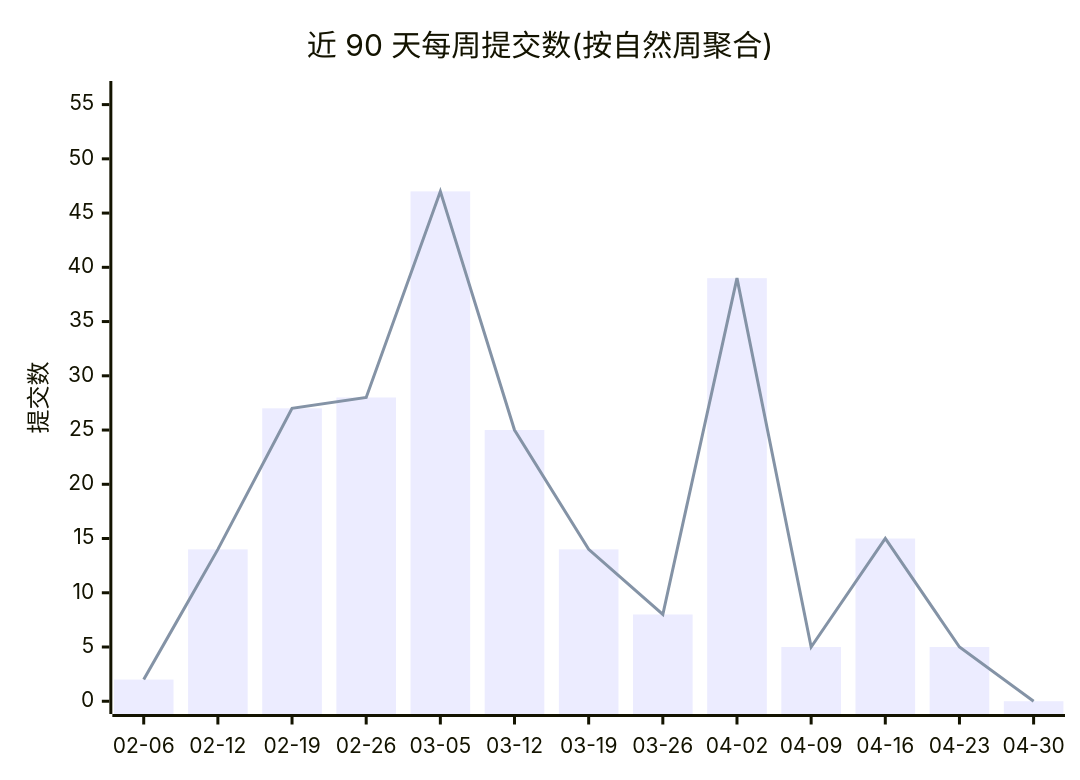
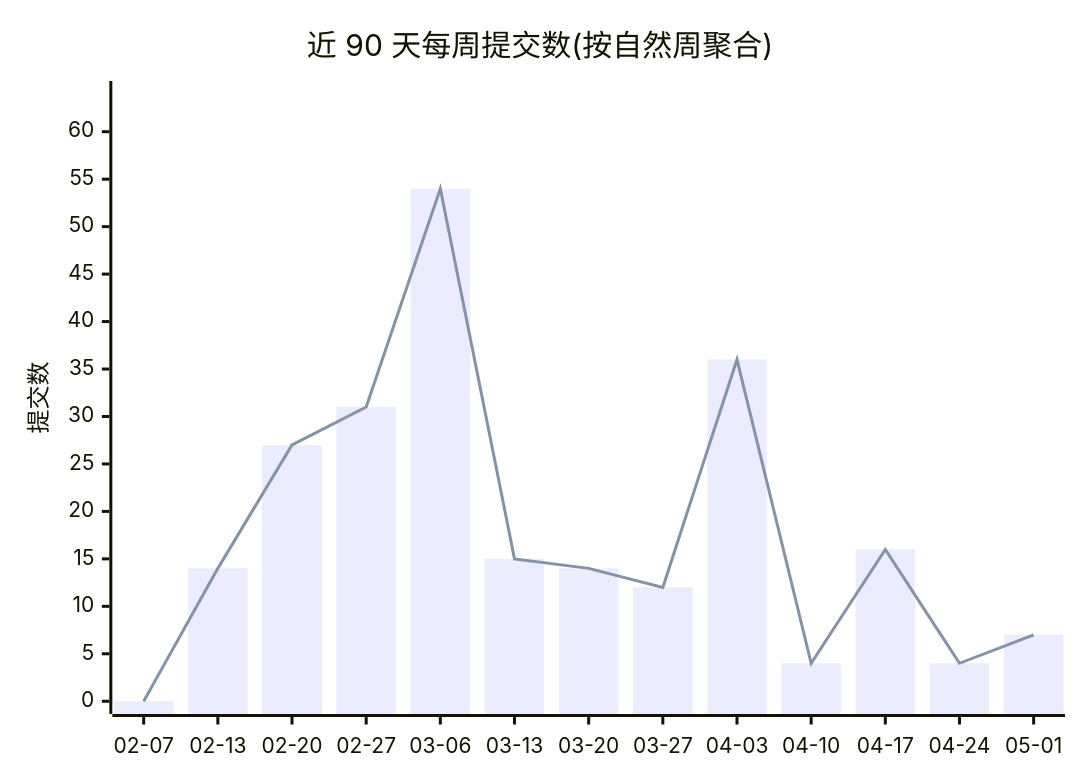
The first of 2 diagrams in profile/README.md (Conflux-Union/.github), drawn with Mermaid before and after one commit. The commit also changed other lines of this file and 1 other file, not shown here.

````diff
--- a/profile/README.md
+++ b/profile/README.md
@@ -44,8 +44,8 @@
 ```mermaid
 xychart-beta
     title "近 90 天每周提交数(按自然周聚合)"
-    x-axis ["02-06", "02-12", "02-19", "02-26", "03-05", "03-12", "03-19", "03-26", "04-02", "04-09", "04-16", "04-23", "04-30"]
-    y-axis "提交数" 0 --> 56
-    bar [2, 14, 27, 28, 47, 25, 14, 8, 39, 5, 15, 5, 0]
-    line [2, 14, 27, 28, 47, 25, 14, 8, 39, 5, 15, 5, 0]
+    x-axis ["02-07", "02-13", "02-20", "02-27", "03-06", "03-13", "03-20", "03-27", "04-03", "04-10", "04-17", "04-24", "05-01"]
+    y-axis "提交数" 0 --> 64
+    bar [0, 14, 27, 31, 54, 15, 14, 12, 36, 4, 16, 4, 7]
+    line [0, 14, 27, 31, 54, 15, 14, 12, 36, 4, 16, 4, 7]
 ```
````
